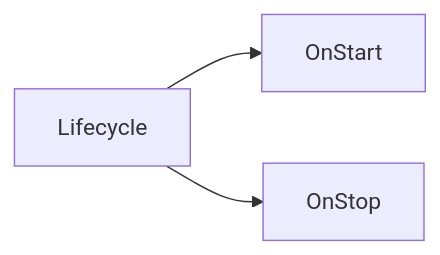
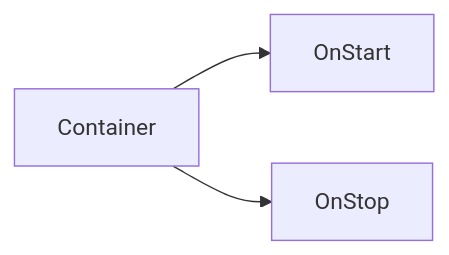
One commit to limistah/go-url-shortener changed the fourth of 11 diagrams in docs/walkthrough.md. Above: the diagram before and after it, drawn with Mermaid. The commit also changed other lines of this file and 48 other files, not shown here.

````diff
--- a/docs/walkthrough.md
+++ b/docs/walkthrough.md
@@ -62,5 +50,5 @@
 ```mermaid
 flowchart LR
-  Lifecycle --> OnStart
-  Lifecycle --> OnStop
+  Container --> OnStart
+  Container --> OnStop
 ```
````
